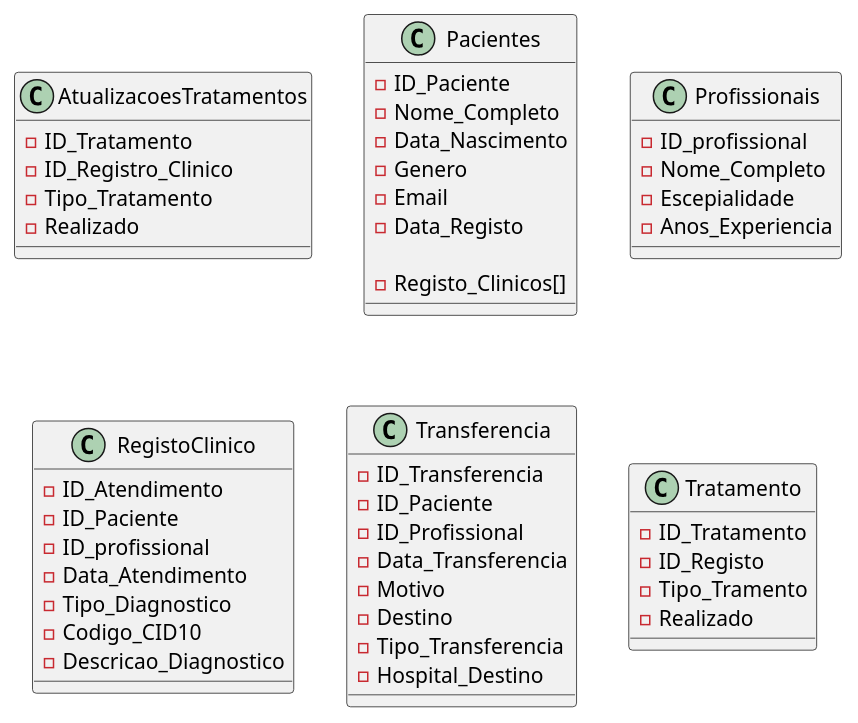
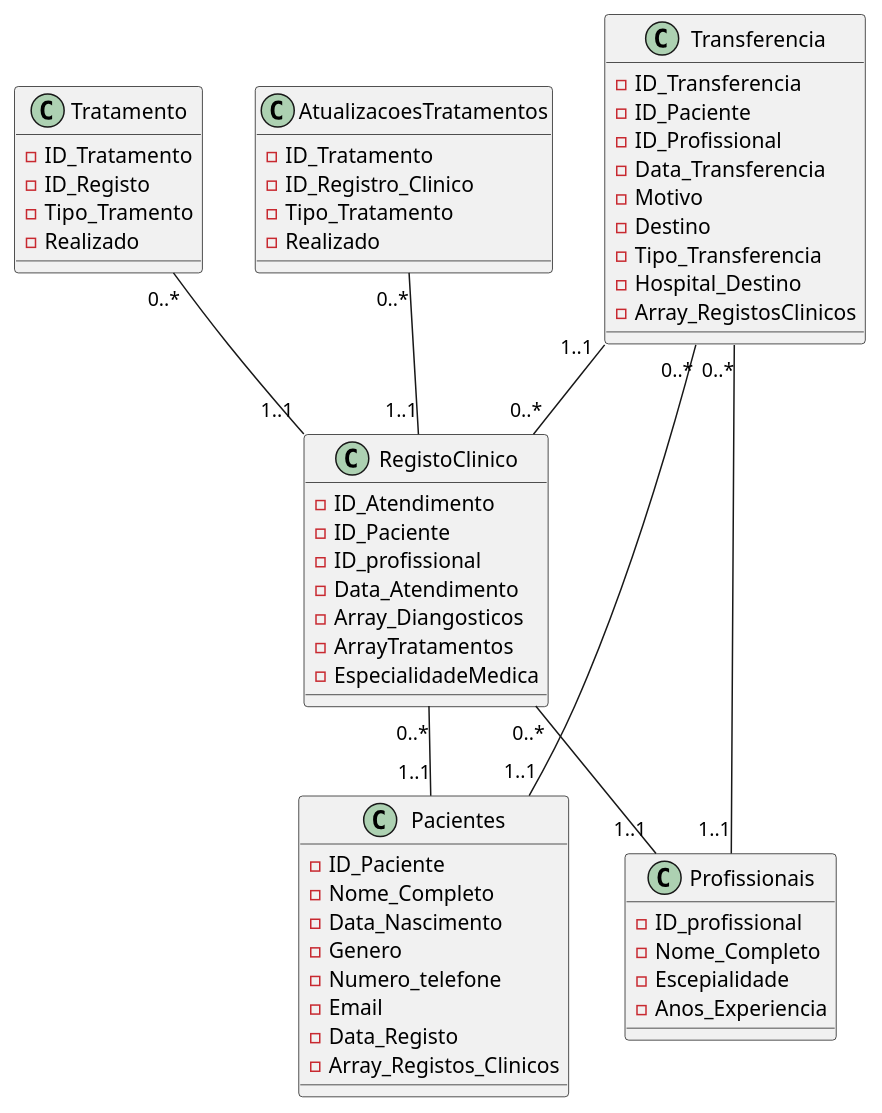
The diagram in CodigosMongo/DesenhoModelacaoBD/ModelacaoBD.plantuml (Arturito2005/TrabalhoPEI), drawn with PlantUML before and after one commit. The commit also changed 25 other files, not shown here.

```diff
--- a/CodigosMongo/DesenhoModelacaoBD/ModelacaoBD.plantuml
+++ b/CodigosMongo/DesenhoModelacaoBD/ModelacaoBD.plantuml
@@ -1,52 +1,90 @@
-class AtualizacoesTratamentos {
-    - ID_Tratamento
-    - ID_Registro_Clinico
-    - Tipo_Tratamento
-    - Realizado
-}
+@startuml ModelacoaBD
 
+/'Neste caso nao será necessario todos os dados do registo
+clinicos no paciente apenas o ID, data e secalhar
+o que diz que tem uma condição Crónica de ativa
+
+Se calhar até no final nem é preciso ter armazenado os 
+registos clinicos e só preciso sim fazer o lookup e depois
+fazer um addField, que dependendo dos registos Clinicos
+que ele tem é adicionado o tipo de paciente que ele tem
+'/
 class Pacientes {
     - ID_Paciente
     - Nome_Completo
     - Data_Nascimento
     - Genero 
+    - Numero_telefone
     - Email
     - Data_Registo
-
-    - Registo_Clinicos[]
+    - Array_Registos_Clinicos
 }
 
 class Profissionais {
     - ID_profissional
     - Nome_Completo
     - Escepialidade
     - Anos_Experiencia
 }
 
+/'
+ O array de diagnosticos possui estes dados:
+ - Tipo_Diagnostico
+ - Codigo_CID10
+ - Descricao_Diagnostico'/
 class RegistoClinico {
     - ID_Atendimento
     - ID_Paciente
     - ID_profissional
     - Data_Atendimento
-    - Tipo_Diagnostico
-    - Codigo_CID10
-    - Descricao_Diagnostico
+    - Array_Diangosticos
+    - ArrayTratamentos
+    - EspecialidadeMedica
 }
 
+RegistoClinico "0..*" -- "1..1" Pacientes
+RegistoClinico "0..*" -- "1..1" Profissionais
+
+/'Os Registos clinicos fomos buscar 
+atraces da conexão entre as transferencias
+e registos clinicosm pois ambos têm o 
+campo ID_Paciente'/
+
+/'O Array de Registos clinicos vai ter
+apenas os registos clinicos que obdecem
+ao que e pedido no xml'/
 class Transferencia {
     - ID_Transferencia
     - ID_Paciente
     - ID_Profissional
     - Data_Transferencia
     - Motivo 
     - Destino 
     - Tipo_Transferencia
     - Hospital_Destino 
+    -Array_RegistosClinicos
 }
+
+Transferencia "0..*" --- "1..1" Pacientes
+Transferencia "0..*" --- "1..1" Profissionais
+Transferencia "1..1" -- "0..*" RegistoClinico
 
 class Tratamento {
     - ID_Tratamento 
     - ID_Registo
     - Tipo_Tramento 
     - Realizado 
 }
+
+Tratamento "0..*" -- "1..1" RegistoClinico
+
+class AtualizacoesTratamentos {
+    - ID_Tratamento
+    - ID_Registro_Clinico
+    - Tipo_Tratamento
+    - Realizado
+}
+
+AtualizacoesTratamentos "0..*" -- "1..1" RegistoClinico
+
+@enduml
```
